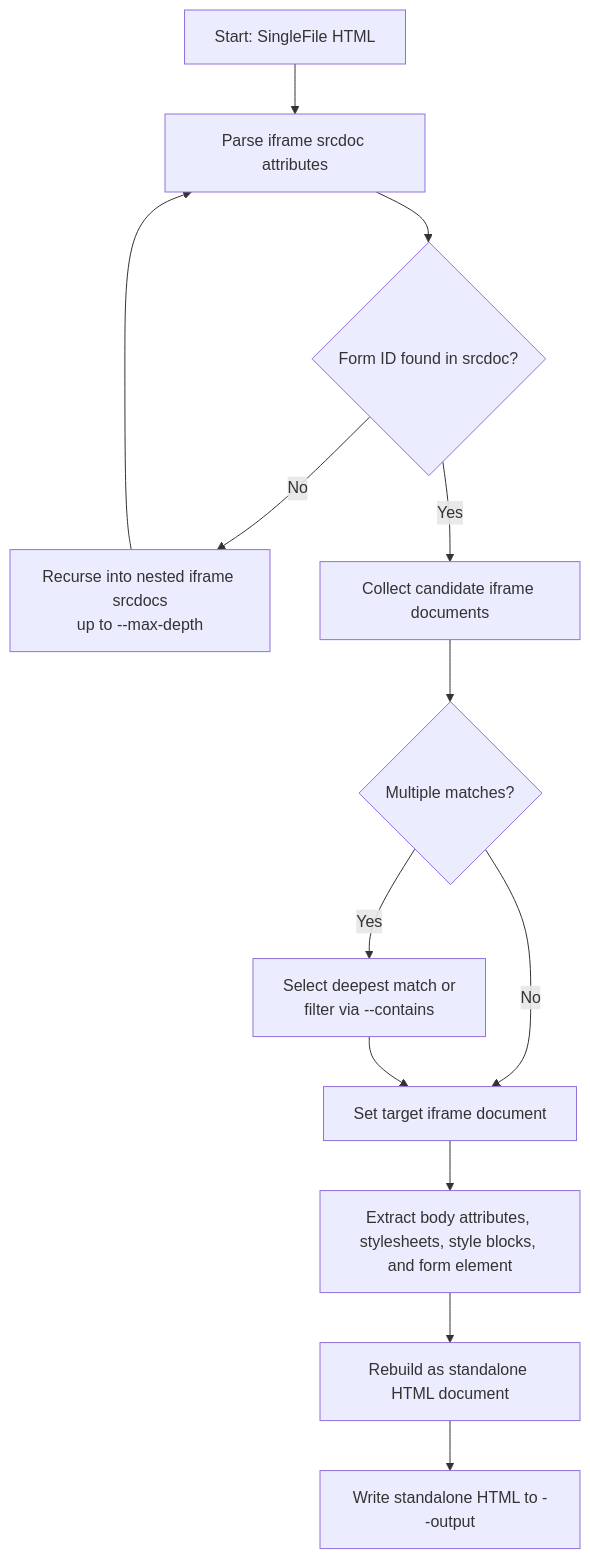
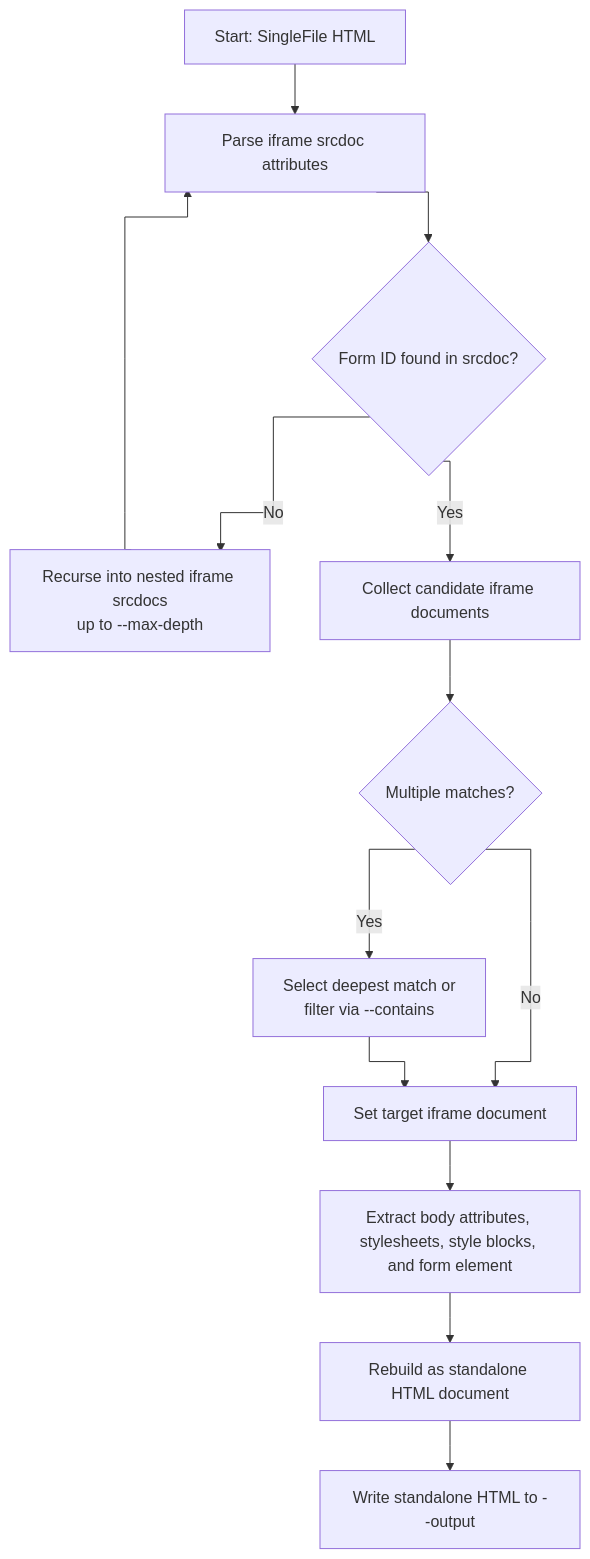
The first of 2 diagrams in README.md (maxzz/singlefile-extractor-go), drawn with Mermaid before and after one commit. The commit also changed other lines of this file, not shown here.

Commit message:
WIP. README.md diagrams. 3. straight lines

````diff
--- a/README.md
+++ b/README.md
@@ -248,29 +248,30 @@
 ```mermaid
+%%{ init: { 'flowchart': { 'curve': 'stepAfter' } } }%%
 graph TD
     %% Node Definitions
     A["Start: SingleFile HTML"]
     B["Parse iframe srcdoc attributes"]
     C{"Form ID found in srcdoc?"}
     D["Recurse into nested iframe srcdocs<br>up to --max-depth"]
     E["Collect candidate iframe documents"]
     F{"Multiple matches?"}
     G["Select deepest match or<br>filter via --contains"]
     H["Set target iframe document"]
     I["Extract body attributes, stylesheets, style blocks, and form element"]
     J["Rebuild as standalone HTML document"]
     K["Write standalone HTML to --output"]
 
     %% Connections
     A --> B
     B --> C
     C -->|No| D
     D --> B
     C -->|Yes| E
     E --> F
     F -->|Yes| G
     F -->|No| H
     G --> H
     H --> I
     I --> J
     J --> K
 ```
````
